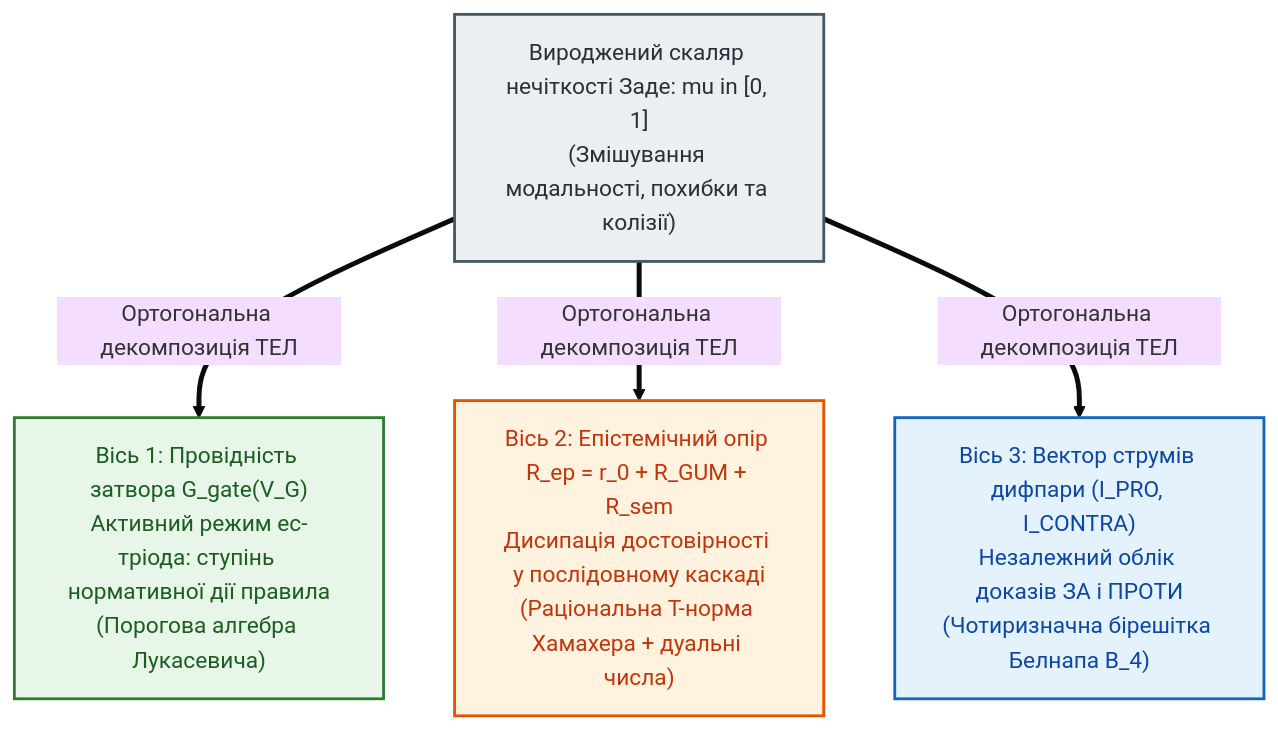
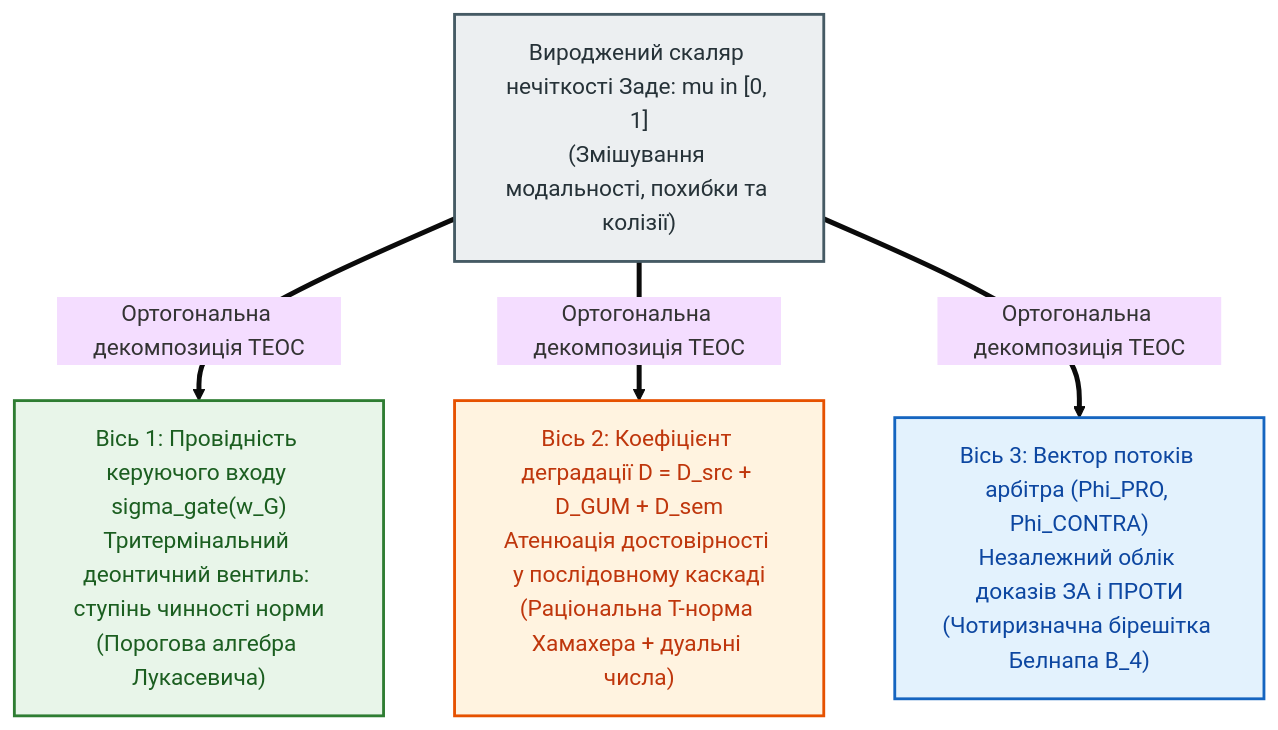
Before and after one commit to nick-fedchik/articles: the diagram in Epistemic_Circuit_Theory/ch04-non-boolean-fuzzy-and-belnap-circuit-math.md, drawn with Mermaid (base theme). The commit also changed other lines of this file and 10 other files, not shown here.

````diff
--- a/Epistemic_Circuit_Theory/ch04-non-boolean-fuzzy-and-belnap-circuit-math.md
+++ b/Epistemic_Circuit_Theory/ch04-non-boolean-fuzzy-and-belnap-circuit-math.md
@@ -77,25 +77,25 @@
 ```mermaid
 flowchart TD
-    accTitle: Рисунок 4.1. Ортогональне розщеплення скалярної нечіткості Заде на три фізичні координати ТЕЛ
-    accDescr: Одновимірний скаляр нечіткості Заде розкладається на провідність затвора тріода (вісь деонтичної модальності), метрологічний опір тракту (вісь інструментальної точності) та двокомпонентний струм диференційної пари (вісь параконсистентного балансу за Белнапом).
+    accTitle: Рисунок 4.1. Ортогональне розщеплення скалярної нечіткості Заде на три координати ТЕОС
+    accDescr: Одновимірний скаляр нечіткості Заде розкладається на провідність керуючого входу деонтичного вентиля (вісь деонтичної модальності), коефіцієнт деградації тракту (вісь інструментальної та семантичної точності) та двокомпонентний потік диференційного арбітра (вісь параконсистентного балансу за Белнапом).
 
     Fuzzy["Вироджений скаляр нечіткості Заде: mu in [0, 1]\n(Змішування модальності, похибки та колізії)"]
 
-    Coord1["Вісь 1: Провідність затвора G_gate(V_G)\nАктивний режим ес-тріода: ступінь нормативної дії правила\n(Порогова алгебра Лукасевича)"]
-    Coord2["Вісь 2: Епістемічний опір R_ep = r_0 + R_GUM + R_sem\nДисипація достовірності у послідовному каскаді\n(Раціональна Т-норма Хамахера + дуальні числа)"]
-    Coord3["Вісь 3: Вектор струмів дифпари (I_PRO, I_CONTRA)\nНезалежний облік доказів ЗА і ПРОТИ\n(Чотиризначна бірешітка Белнапа B_4)"]
+    Coord1["Вісь 1: Провідність керуючого входу sigma_gate(w_G)\nТритермінальний деонтичний вентиль: ступінь чинності норми\n(Порогова алгебра Лукасевича)"]
+    Coord2["Вісь 2: Коефіцієнт деградації D = D_src + D_GUM + D_sem\nАтенюація достовірності у послідовному каскаді\n(Раціональна Т-норма Хамахера + дуальні числа)"]
+    Coord3["Вісь 3: Вектор потоків арбітра (Phi_PRO, Phi_CONTRA)\nНезалежний облік доказів ЗА і ПРОТИ\n(Чотиризначна бірешітка Белнапа B_4)"]
 
-    Fuzzy ==>|"Ортогональна декомпозиція ТЕЛ"| Coord1
-    Fuzzy ==>|"Ортогональна декомпозиція ТЕЛ"| Coord2
-    Fuzzy ==>|"Ортогональна декомпозиція ТЕЛ"| Coord3
+    Fuzzy ==>|"Ортогональна декомпозиція ТЕОС"| Coord1
+    Fuzzy ==>|"Ортогональна декомпозиція ТЕОС"| Coord2
+    Fuzzy ==>|"Ортогональна декомпозиція ТЕОС"| Coord3
 
     classDef srcStyle fill:#eceff1,stroke:#455a64,stroke-width:2px,color:#263238;
     classDef c1Style fill:#e8f5e9,stroke:#2e7d32,stroke-width:2px,color:#1b5e20;
     classDef c2Style fill:#fff3e0,stroke:#e65100,stroke-width:2px,color:#bf360c;
     classDef c3Style fill:#e3f2fd,stroke:#1565c0,stroke-width:2px,color:#0d47a1;
 
     class Fuzzy srcStyle;
     class Coord1 c1Style;
     class Coord2 c2Style;
     class Coord3 c3Style;
 ```
````
